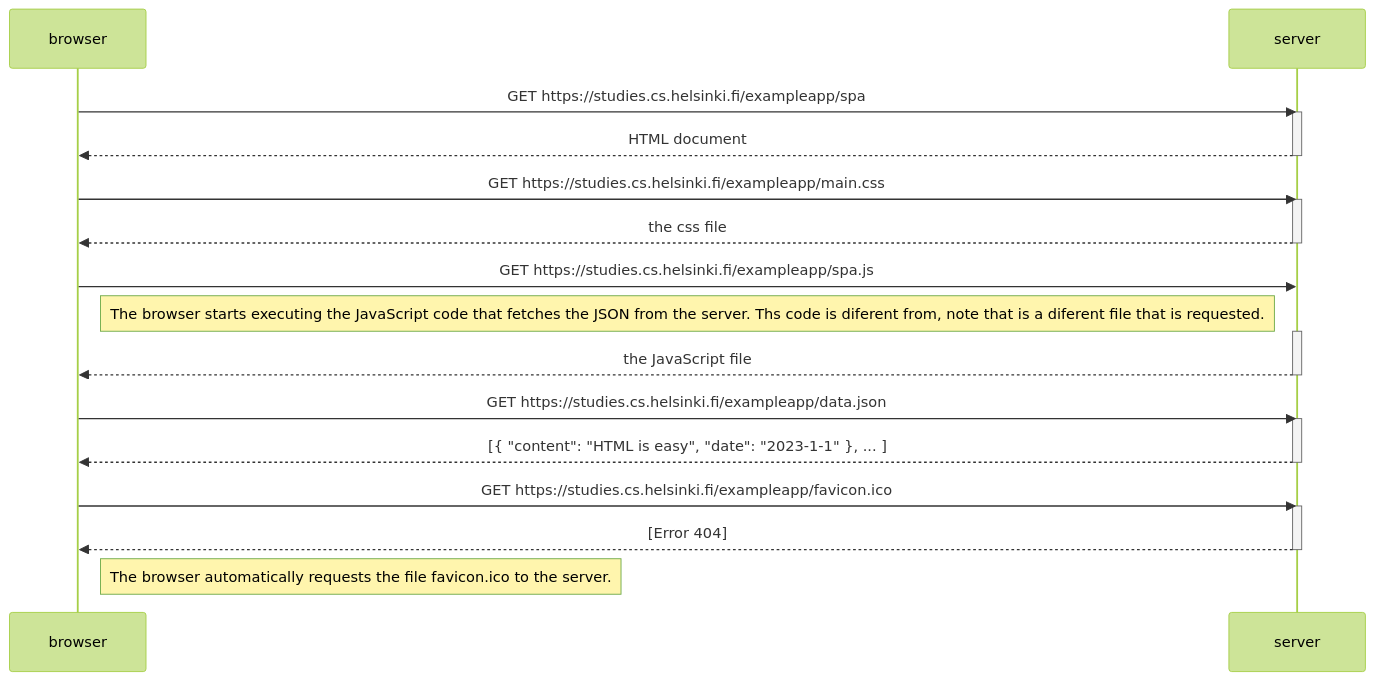
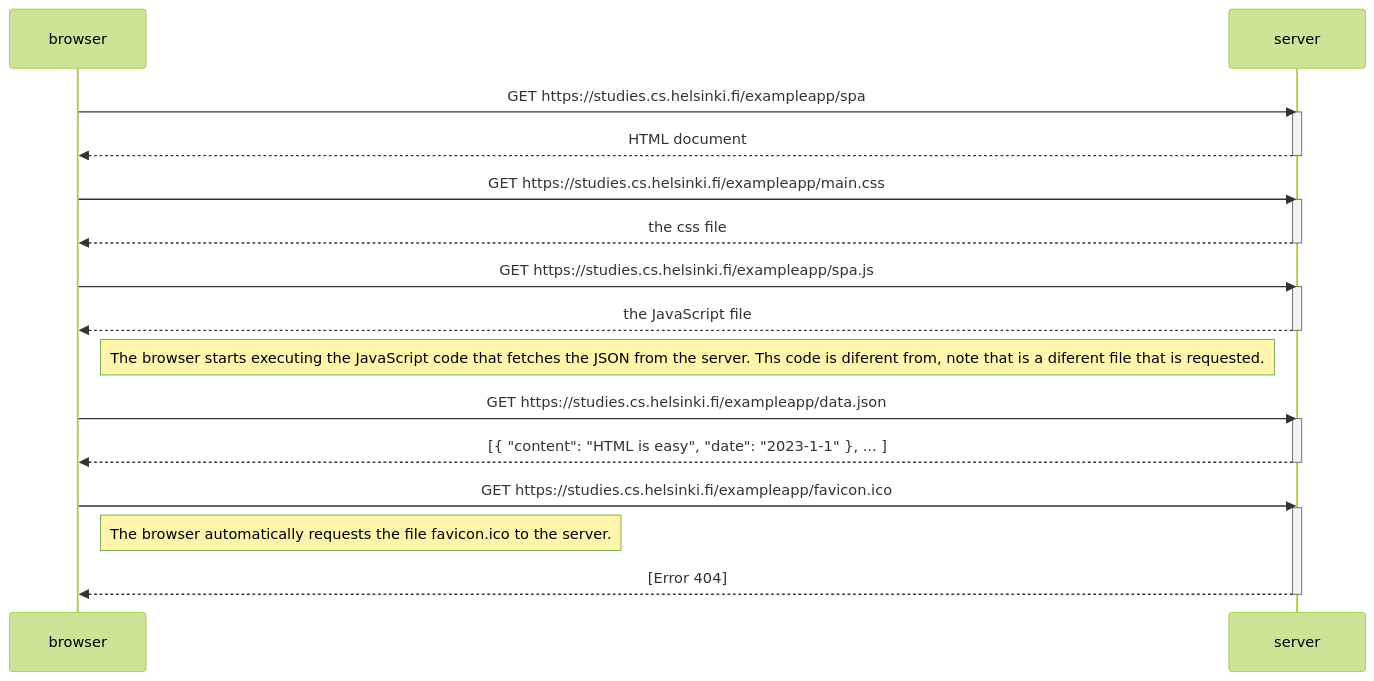
The diagram in Readme.md (Temistocles17/Temistocles17.github.io), drawn with Mermaid (forest theme) before and after one commit.

````diff
--- a/Readme.md
+++ b/Readme.md
@@ -1,36 +1,35 @@
 ```mermaid
 sequenceDiagram
     participant browser
     participant server
 
     browser->>server: GET https://studies.cs.helsinki.fi/exampleapp/spa
     activate server
     server-->>browser: HTML document
     deactivate server
 
     browser->>server: GET https://studies.cs.helsinki.fi/exampleapp/main.css
     activate server
     server-->>browser: the css file
     deactivate server
 
     browser->>server: GET https://studies.cs.helsinki.fi/exampleapp/spa.js
-    
-    Note right of browser: The browser starts executing the JavaScript code that fetches the JSON from the server. Ths code is diferent from, note that is a diferent file that is requested.
-    
     activate server
     server-->>browser: the JavaScript file
     deactivate server
 
+    Note right of browser: The browser starts executing the JavaScript code that fetches the JSON from the server. Ths code is diferent from, note that is a diferent file that is requested.
 
     browser->>server: GET https://studies.cs.helsinki.fi/exampleapp/data.json
     activate server
     server-->>browser: [{ "content": "HTML is easy", "date": "2023-1-1" }, ... ]
     deactivate server
 
     browser->>server: GET https://studies.cs.helsinki.fi/exampleapp/favicon.ico
     activate server
+
+    Note right of browser: The browser automatically requests the file favicon.ico to the server.
+
     server-->>browser: [Error 404]
     deactivate server
-
-    Note right of browser: The browser automatically requests the file favicon.ico to the server. 
 ```
````
